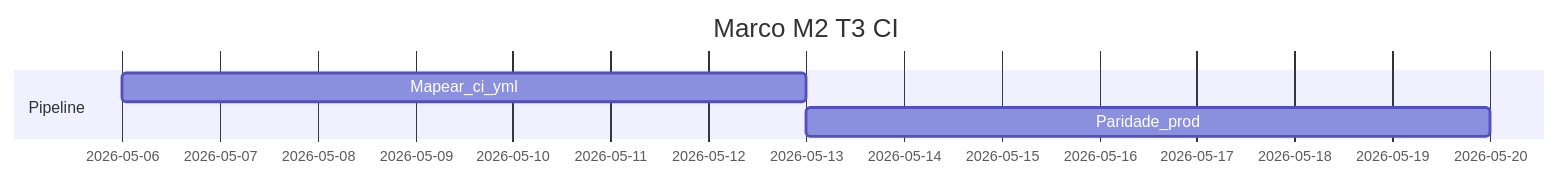
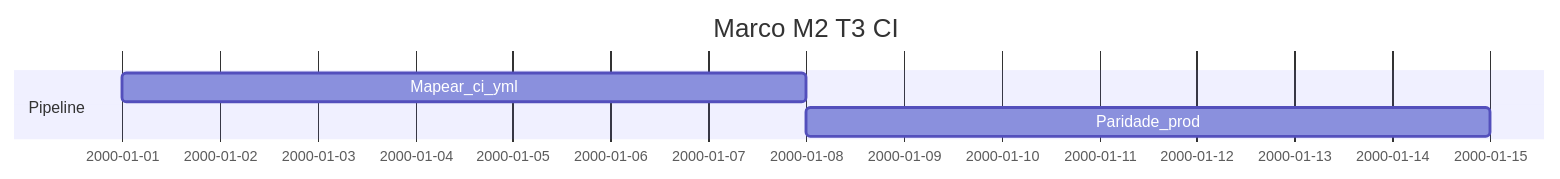
Before and after one commit to Malnati/eslint-hardcode-detect-plugin: the second of 2 diagrams in docs/distribution-milestones/m2-channel-t3-ci.md, drawn with Mermaid. The commit also changed other lines of this file and 10 other files, not shown here.

````diff
--- a/docs/distribution-milestones/m2-channel-t3-ci.md
+++ b/docs/distribution-milestones/m2-channel-t3-ci.md
@@ -56,8 +60,8 @@
 ```mermaid
 gantt
   title Marco M2 T3 CI
   dateFormat YYYY-MM-DD
   section Pipeline
-  Mapear_ci_yml :m2a, 2026-05-06, 7d
+  Mapear_ci_yml :m2a, 2000-01-01, 7d
   Paridade_prod :m2b, after m2a, 7d
 ```
````
